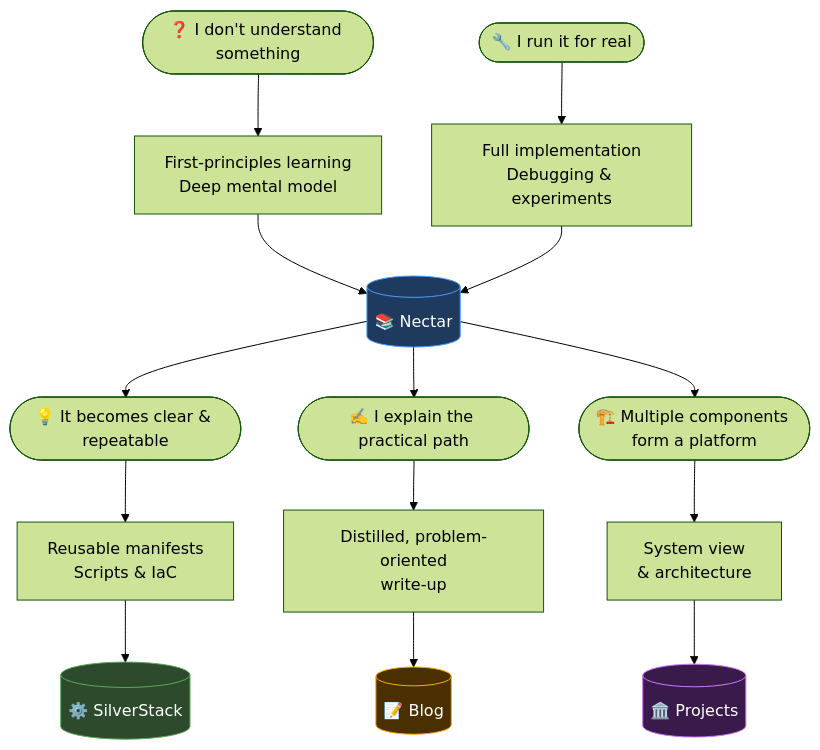
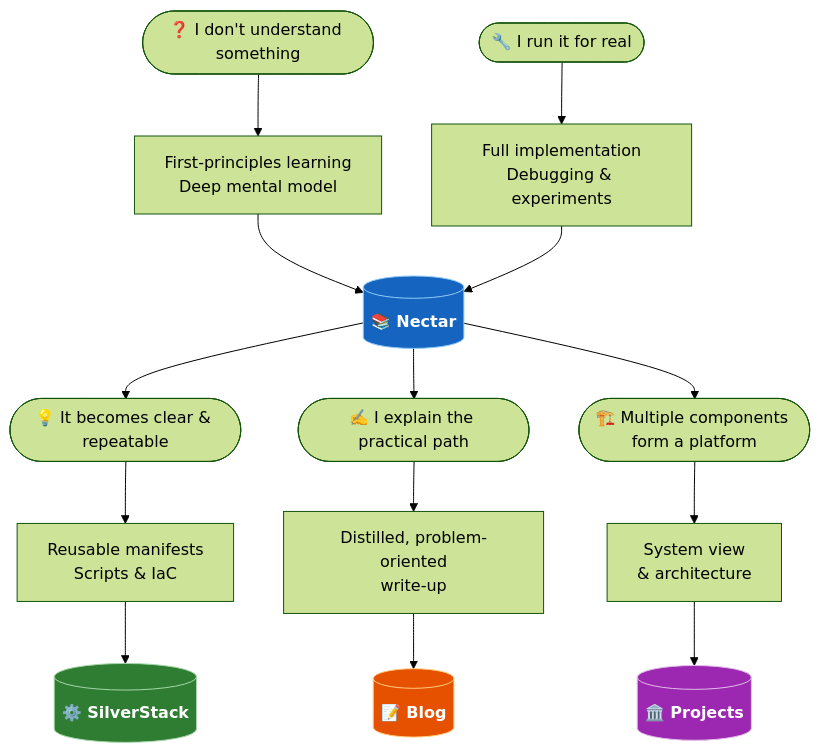
Before and after one commit to ibtisam-iq/nectar: the diagram in index.md, drawn with Mermaid (forest theme).

Commit message:
fix light mode for index.md

````diff
--- a/index.md
+++ b/index.md
@@ -27,24 +27,24 @@
 ```mermaid
 flowchart TD
     A(["❓ I don't understand something"])
     B["First-principles learning<br/>Deep mental model"]
     C(["🔧 I run it for real"])
     D["Full implementation<br/>Debugging & experiments"]
     E(["💡 It becomes clear & repeatable"])
     F["Reusable manifests<br/>Scripts & IaC"]
     G(["✍️ I explain the practical path"])
     H["Distilled, problem-oriented<br/>write-up"]
     I(["🏗️ Multiple components form a platform"])
     J["System view<br/>& architecture"]
 
-    A --> B --> NECTAR[(📚 Nectar)]
+    A --> B --> NECTAR[("<b>📚 Nectar</b>")]
     C --> D --> NECTAR
-    NECTAR --> E --> F --> SILVER[("⚙️ SilverStack")]
-    NECTAR --> G --> H --> BLOG[("📝 Blog")]
-    NECTAR --> I --> J --> PROJECTS[("🏛️ Projects")]
+    NECTAR --> E --> F --> SILVER[("<b>⚙️ SilverStack</b>")]
+    NECTAR --> G --> H --> BLOG[("<b>📝 Blog</b>")]
+    NECTAR --> I --> J --> PROJECTS[("<b>🏛️ Projects</b>")]
 
-    style NECTAR   fill:#1e3a5f,color:#fff,stroke:#4a9eff
-    style SILVER   fill:#2d4a2d,color:#fff,stroke:#5aaa5a
-    style BLOG     fill:#4a3000,color:#fff,stroke:#ffaa00
-    style PROJECTS fill:#3a1a4a,color:#fff,stroke:#cc77ff
+    style NECTAR   fill:#1565c0,color:#ffffff,stroke:#90caf9
+    style SILVER   fill:#2e7d32,color:#ffffff,stroke:#a5d6a7
+    style BLOG     fill:#e65100,color:#ffffff,stroke:#ffcc80
+    style PROJECTS fill:#9c27b0,color:#ffffff,stroke:#e1bee7
 ```
````
